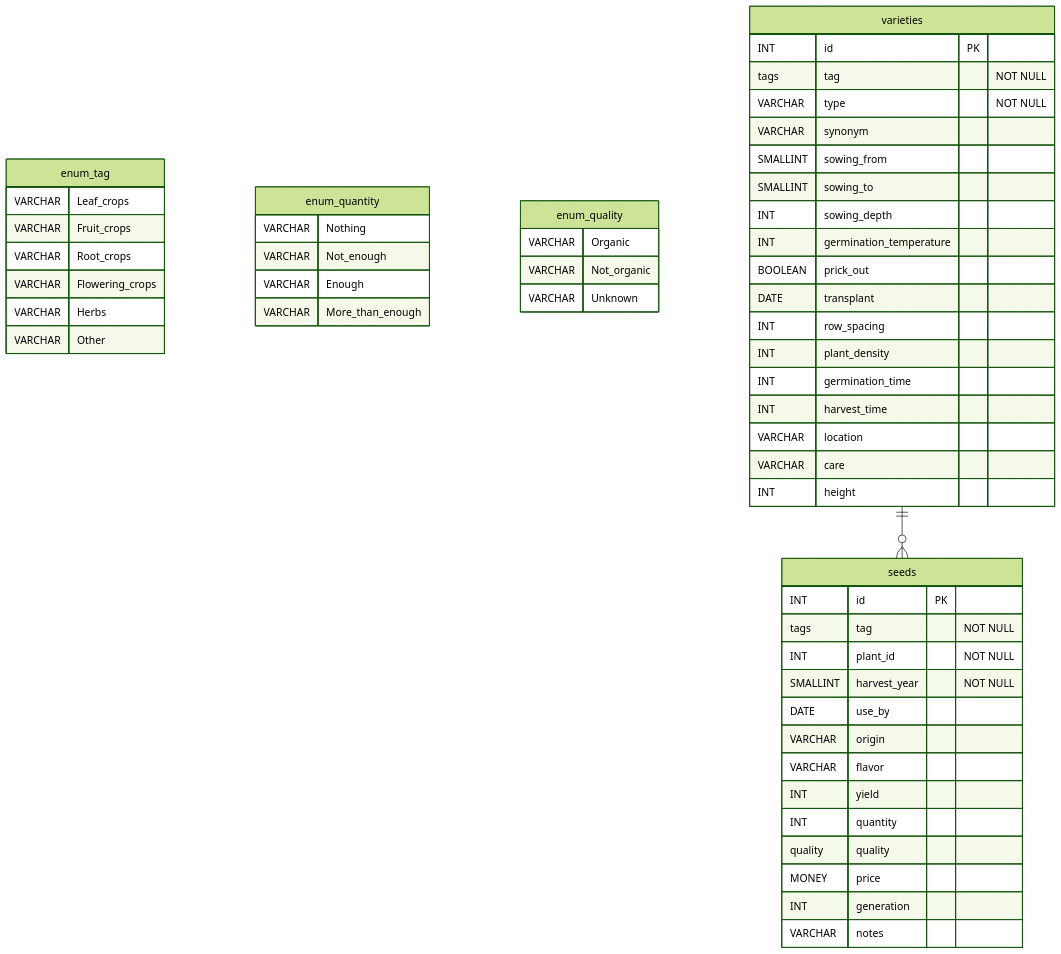
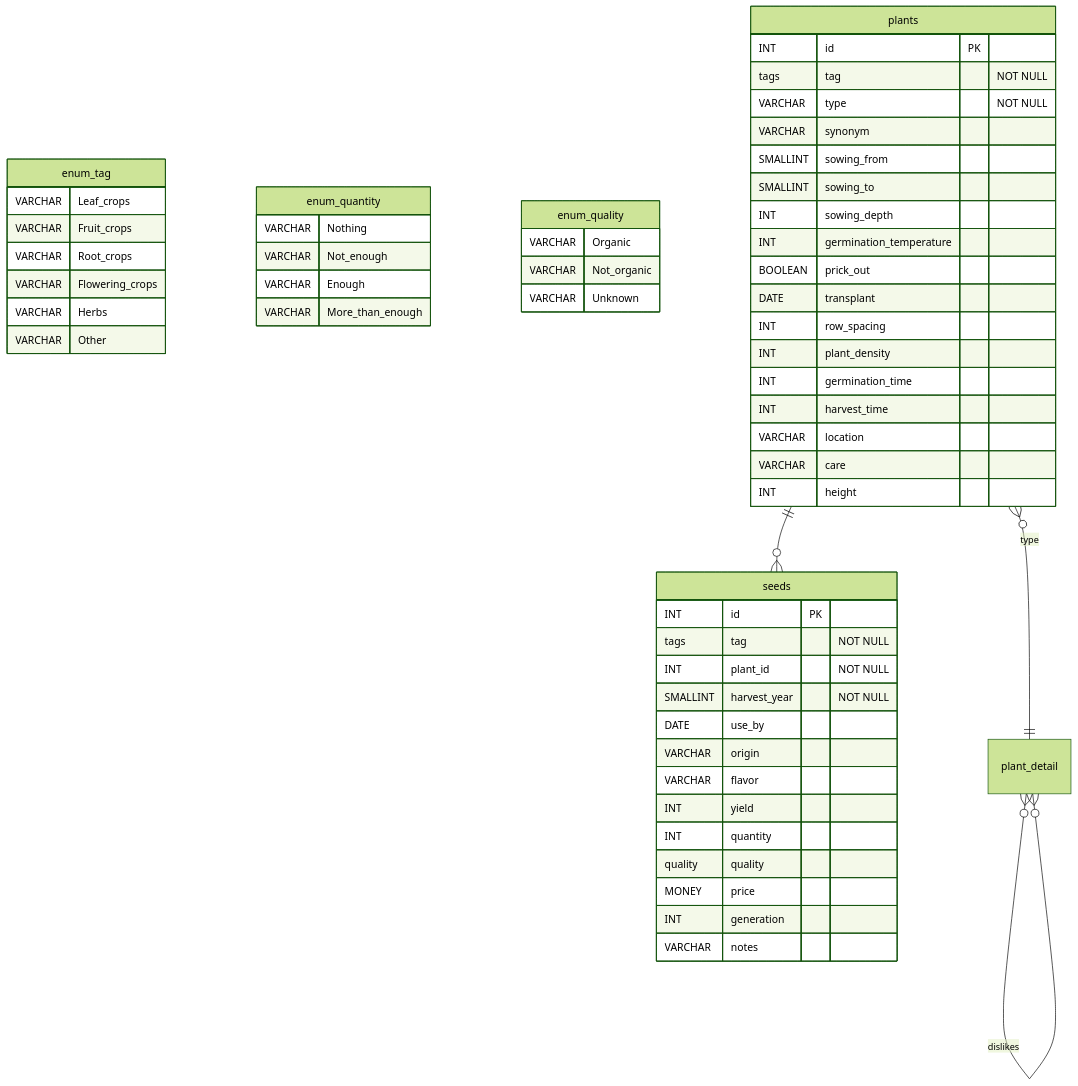
The first of 2 diagrams in doc/architecture/database_schemata.md (ElektraInitiative/PermaplanT), drawn with Mermaid (forest theme) before and after one commit. The commit also changed other lines of this file, not shown here.

Commit message:
er diagrams for plant_detail table

````diff
--- a/doc/architecture/database_schemata.md
+++ b/doc/architecture/database_schemata.md
@@ -9,63 +9,72 @@
 ```mermaid
 erDiagram
 
 enum_tag {
   VARCHAR Leaf_crops
   VARCHAR Fruit_crops
   VARCHAR Root_crops
   VARCHAR Flowering_crops
   VARCHAR Herbs
   VARCHAR Other
 }
 
 enum_quantity {
   VARCHAR Nothing
   VARCHAR Not_enough
   VARCHAR Enough
   VARCHAR More_than_enough
 }
 
 enum_quality {
   VARCHAR Organic
   VARCHAR Not_organic
   VARCHAR Unknown
 }
 
 seeds {
   INT id PK
   tags tag "NOT NULL"
   INT plant_id "NOT NULL"
   SMALLINT harvest_year "NOT NULL"
   DATE use_by
   VARCHAR origin
   VARCHAR flavor
   INT yield
   INT quantity
   quality quality
   MONEY price
   INT generation
   VARCHAR notes
 }
 
-varieties {
+plants {
   INT id PK
   tags tag "NOT NULL"
   VARCHAR type "NOT NULL"
   VARCHAR synonym
   SMALLINT sowing_from
   SMALLINT sowing_to
   INT sowing_depth
   INT germination_temperature
   BOOLEAN prick_out
   DATE transplant
   INT row_spacing
   INT plant_density
   INT germination_time
   INT harvest_time
   VARCHAR location
   VARCHAR care
   INT height
 }
 
-varieties ||--o{ seeds : ""
+plant_detail{}
+
+plants }o--|| plant_detail: "type"
+
+plants ||--o{ seeds : ""
+
+plant_detail }o--o{ plant_detail: "likes"
+
+plant_detail }o--o{ plant_detail: "dislikes"
+
 ```
````
